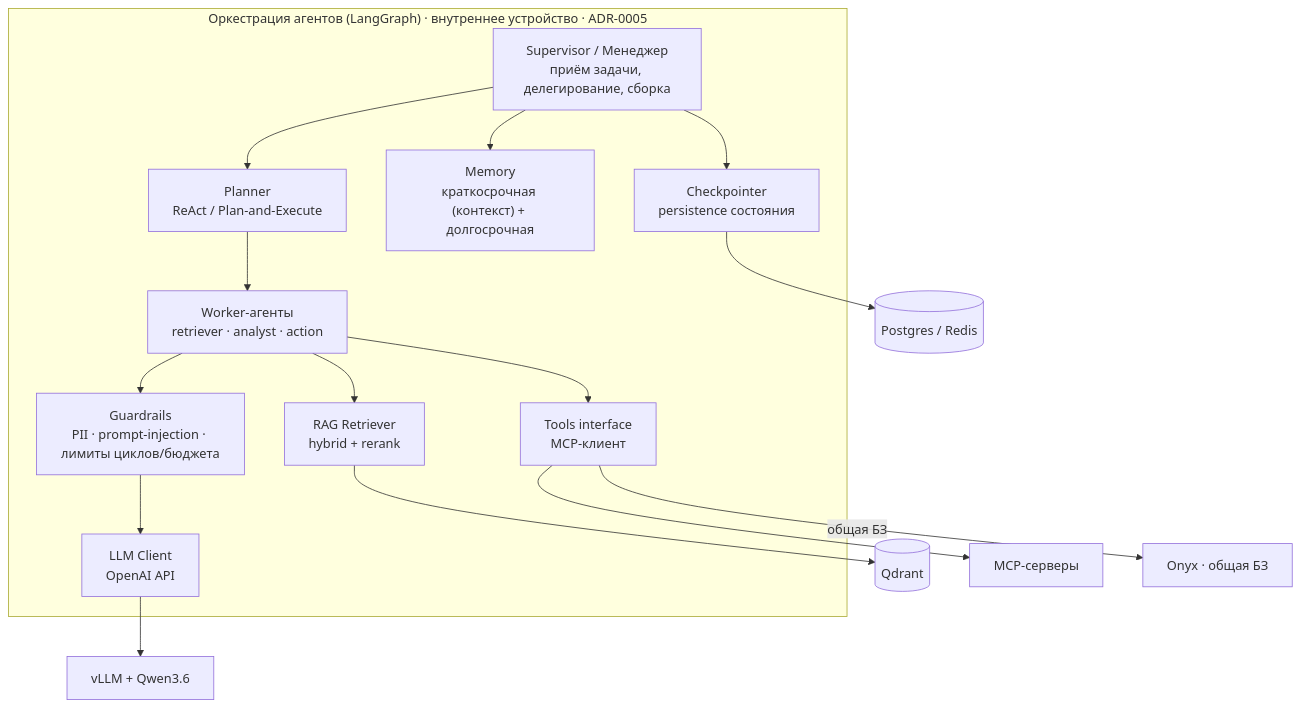
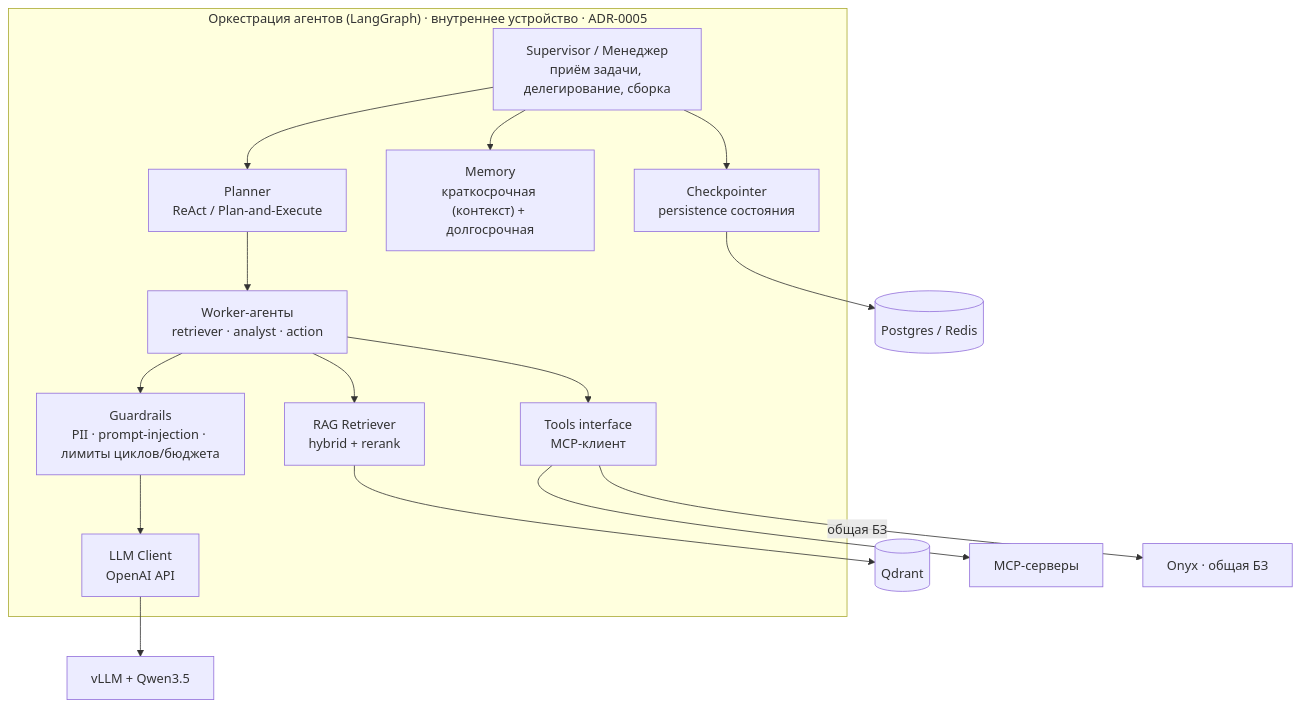
The third of 4 diagrams in final-project/diagrams/c4.md (ZubikIT/ai-architect), drawn with Mermaid before and after one commit. The commit also changed other lines of this file and 11 other files, not shown here.

````diff
--- a/final-project/diagrams/c4.md
+++ b/final-project/diagrams/c4.md
@@ -90,34 +90,34 @@
 ```mermaid
 flowchart TB
   subgraph agent["Оркестрация агентов (LangGraph) · внутреннее устройство · ADR-0005"]
     sup["Supervisor / Менеджер<br/>приём задачи, делегирование, сборка"]
     planner["Planner<br/>ReAct / Plan-and-Execute"]
     workers["Worker-агенты<br/>retriever · analyst · action"]
     mem["Memory<br/>краткосрочная (контекст) + долгосрочная"]
     tools["Tools interface<br/>MCP-клиент"]
     retr["RAG Retriever<br/>hybrid + rerank"]
     guard["Guardrails<br/>PII · prompt-injection · лимиты циклов/бюджета"]
     llmc["LLM Client<br/>OpenAI API"]
     ckpt["Checkpointer<br/>persistence состояния"]
   end
 
-  vllm["vLLM + Qwen3.6"]
+  vllm["vLLM + Qwen3.5"]
   qdr[("Qdrant")]
   mcp["MCP-серверы"]
   onyx["Onyx · общая БЗ"]
   state[("Postgres / Redis")]
 
   sup --> planner
   planner --> workers
   workers --> guard
   guard --> llmc
   llmc --> vllm
   workers --> retr
   retr --> qdr
   workers --> tools
   tools --> mcp
   tools -->|"общая БЗ"| onyx
   sup --> mem
   sup --> ckpt
   ckpt --> state
 ```
````
